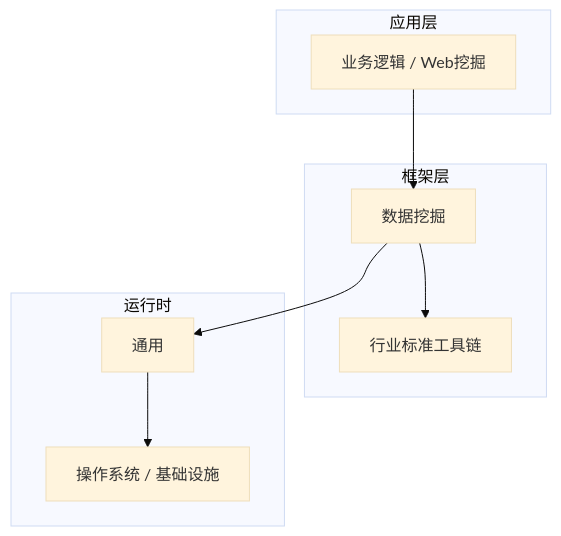
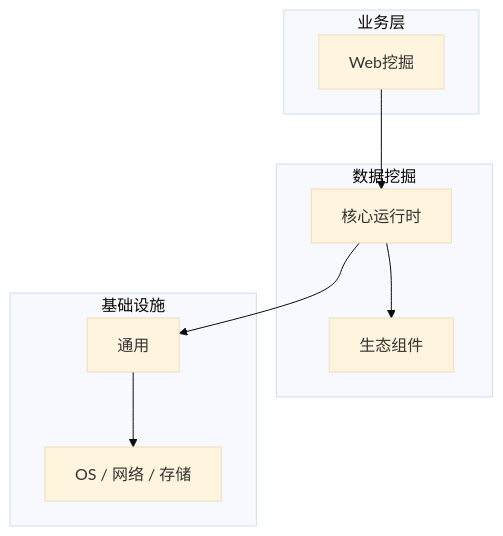
Before and after one commit to yanggan2015/knowledge-json-v2: the diagram in articles/数据挖掘/chapters/066-Web挖掘核心概念与原理.md, drawn with Mermaid (base theme). The commit also changed other lines of this file and 10127 other files, not shown here.

````diff
--- a/articles/数据挖掘/chapters/066-Web挖掘核心概念与原理.md
+++ b/articles/数据挖掘/chapters/066-Web挖掘核心概念与原理.md
@@ -45,18 +30,18 @@
 ```mermaid
 graph TB
-    subgraph 应用层
-        A[业务逻辑 / Web挖掘]
+    subgraph 业务层
+        A[Web挖掘]
     end
-    subgraph 框架层
-        B[数据挖掘]
-        C[行业标准工具链]
+    subgraph 数据挖掘
+        B[核心运行时]
+        C[生态组件]
     end
-    subgraph 运行时
+    subgraph 基础设施
         D[通用]
-        E[操作系统 / 基础设施]
+        E[OS / 网络 / 存储]
     end
     A --> B
     B --> C
     B --> D
     D --> E
 ```
````
